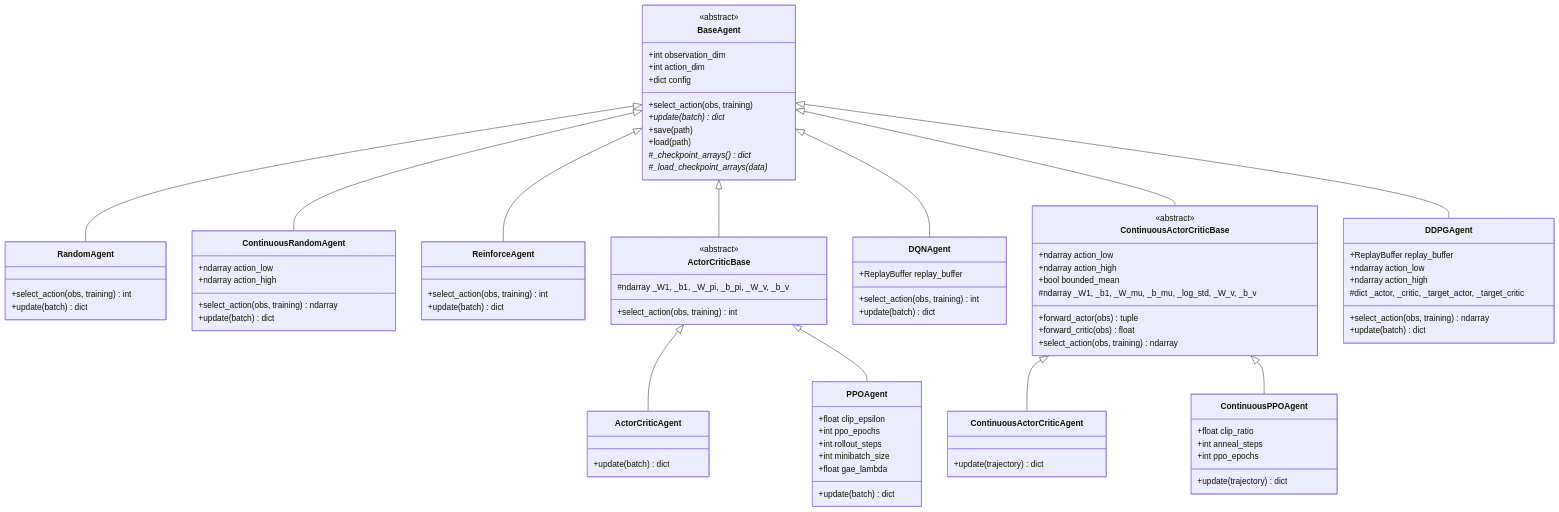
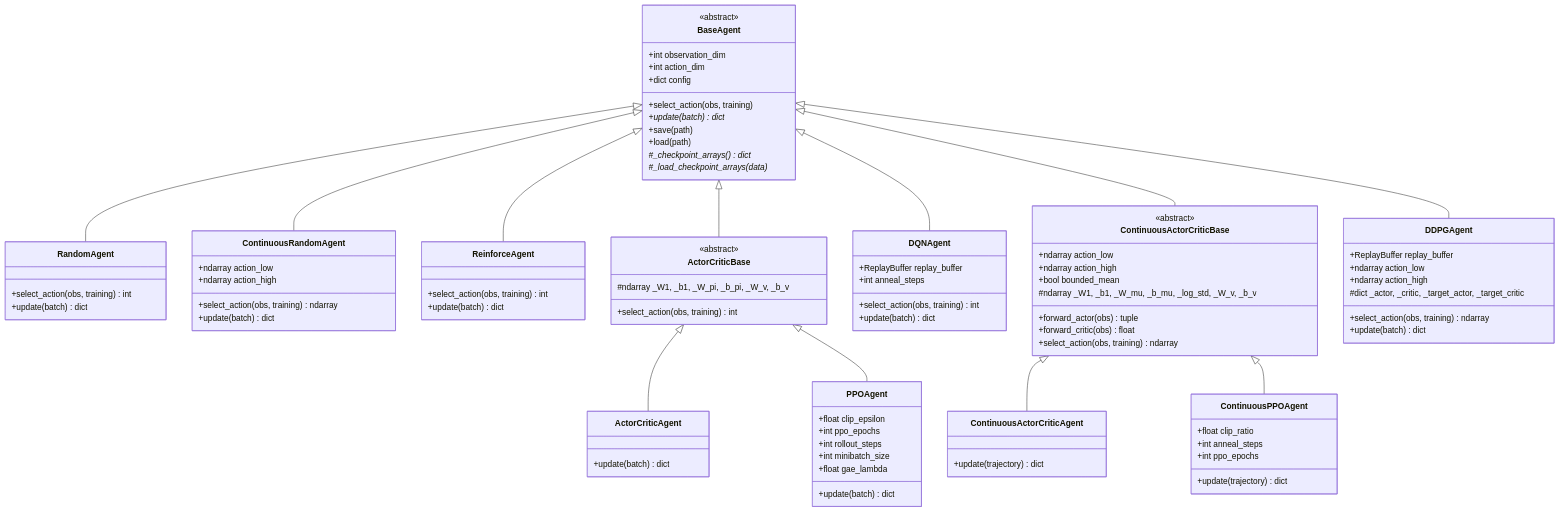
One commit to andreijw/AI changed the second of 3 diagrams in ARCHITECTURE.md. Above: the diagram before and after it, drawn with Mermaid. The commit also changed 11 other files, not shown here.

```diff
--- a/ARCHITECTURE.md
+++ b/ARCHITECTURE.md
@@ -192,6 +192,7 @@
 
     class DQNAgent {
         +ReplayBuffer replay_buffer
+        +int anneal_steps
         +select_action(obs, training) int
         +update(batch) dict
     }
```
